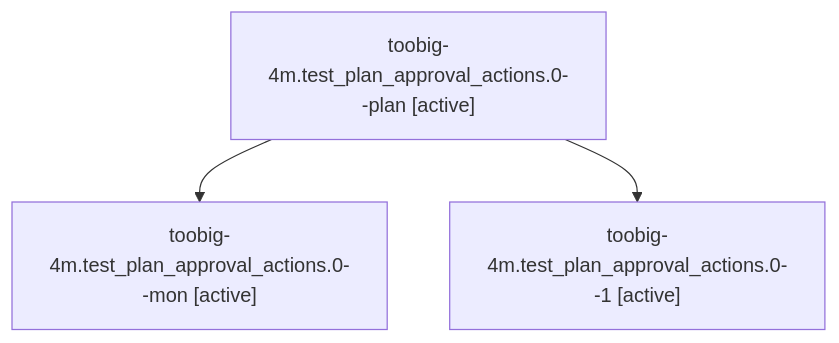
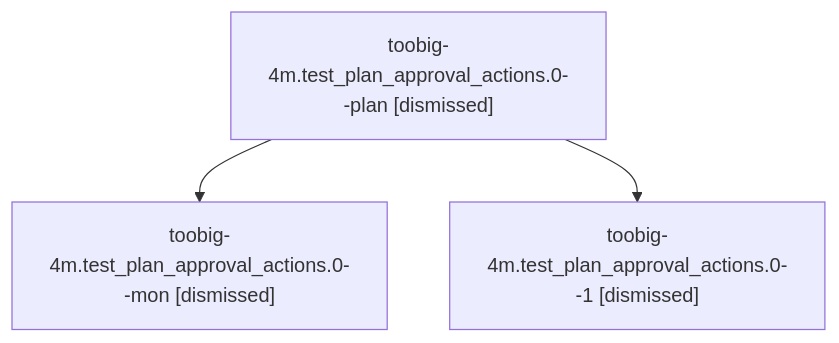
One commit to sase-org/sase--agents changed the diagram in sessions/bbugyi200.athena.toobig-4m.test_plan_approval_actions.0.md. Above: the diagram before and after it, drawn with Mermaid. The commit also changed other lines of this file and 72 other files, not shown here.

````diff
--- a/sessions/bbugyi200.athena.toobig-4m.test_plan_approval_actions.0.md
+++ b/sessions/bbugyi200.athena.toobig-4m.test_plan_approval_actions.0.md
@@ -9,8 +9,8 @@
 ```mermaid
 flowchart TD
-  n0["toobig-4m.test_plan_approval_actions.0--plan [active]"]
-  n1["toobig-4m.test_plan_approval_actions.0--mon [active]"]
+  n0["toobig-4m.test_plan_approval_actions.0--plan [dismissed]"]
+  n1["toobig-4m.test_plan_approval_actions.0--mon [dismissed]"]
   n0 --> n1
-  n2["toobig-4m.test_plan_approval_actions.0--1 [active]"]
+  n2["toobig-4m.test_plan_approval_actions.0--1 [dismissed]"]
   n0 --> n2
 ```
````
